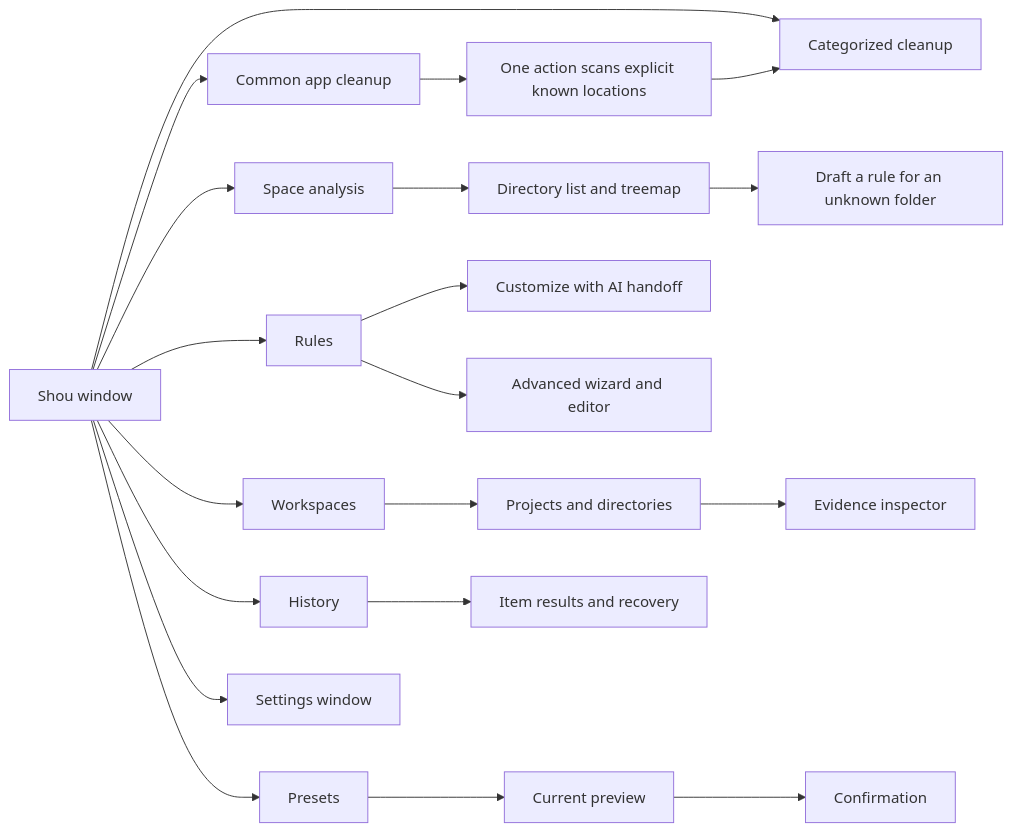
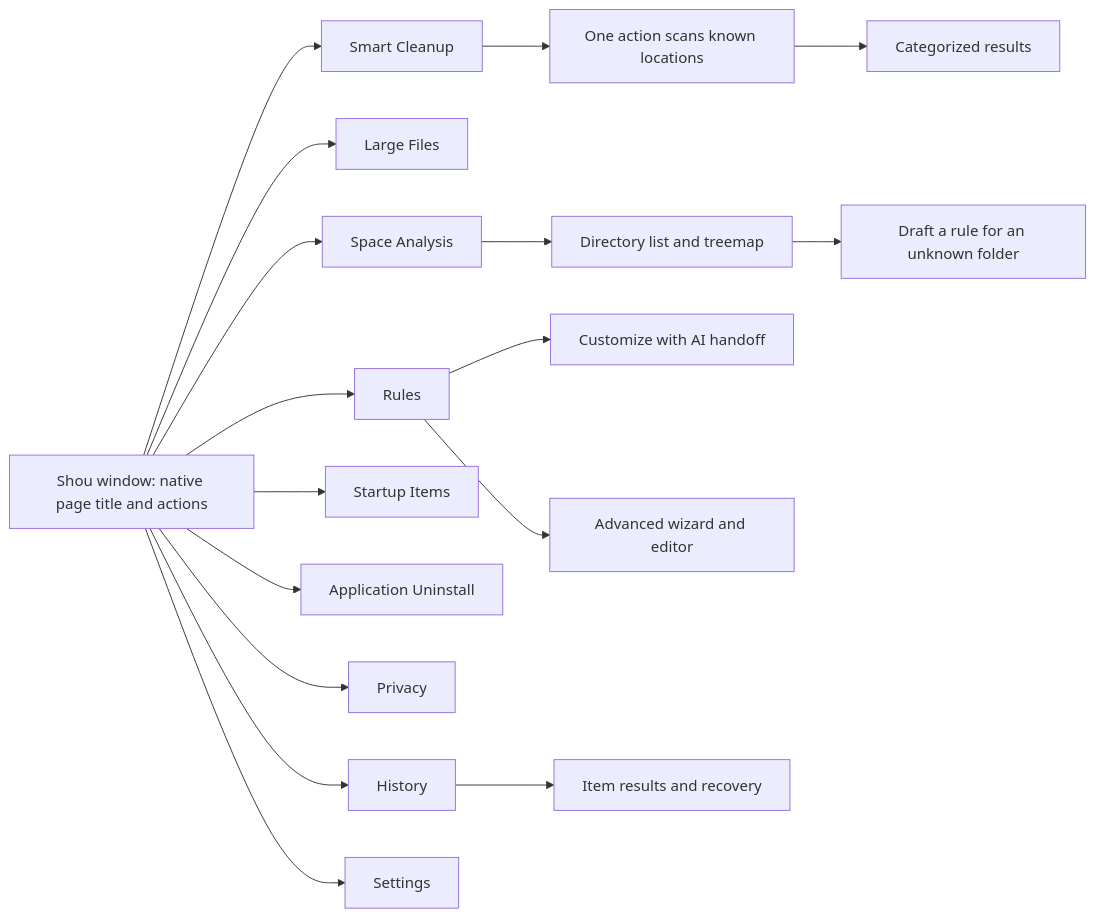
Before and after one commit to limecloud/shou: the first of 3 diagrams in docs/product/macos-experience.md, drawn with Mermaid. The commit also changed other lines of this file and 50 other files, not shown here.

````diff
--- a/docs/product/macos-experience.md
+++ b/docs/product/macos-experience.md
@@ -18,22 +18,19 @@
 ```mermaid
 flowchart LR
-    App[Shou window] --> Overview[Categorized cleanup]
-    App --> Common[Common app cleanup]
-    Common --> Inventory[One action scans explicit known locations]
-    Inventory --> Overview
-    App --> Analysis[Space analysis]
+    App[Shou window: native page title and actions] --> Common[Smart Cleanup]
+    Common --> Inventory[One action scans known locations]
+    Inventory --> Overview[Categorized results]
+    App --> Large[Large Files]
+    App --> Analysis[Space Analysis]
     Analysis --> Browse[Directory list and treemap]
     Browse --> Draft[Draft a rule for an unknown folder]
-    App --> Workspaces[Workspaces]
     App --> Rules[Rules]
-    App --> Presets[Presets]
+    App --> Startup[Startup Items]
+    App --> Apps[Application Uninstall]
+    App --> Privacy[Privacy]
     App --> History[History]
-    Workspaces --> Projects[Projects and directories]
-    Projects --> Inspector[Evidence inspector]
     Rules --> Agent[Customize with AI handoff]
     Rules --> Editor[Advanced wizard and editor]
-    Presets --> Preview[Current preview]
-    Preview --> Confirm[Confirmation]
     History --> Receipt[Item results and recovery]
-    App --> Settings[Settings window]
+    App --> Settings[Settings]
 ```
````
